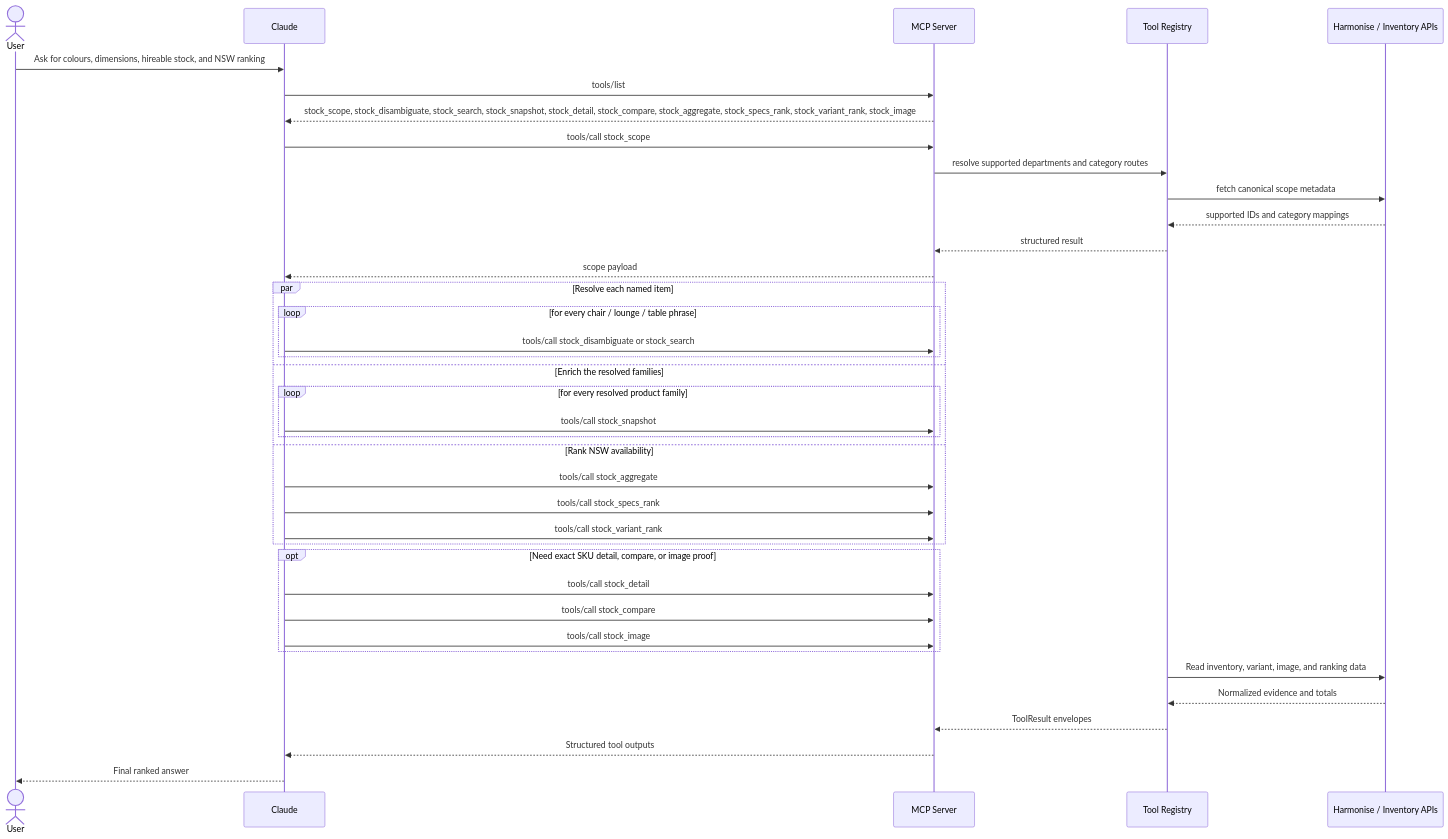
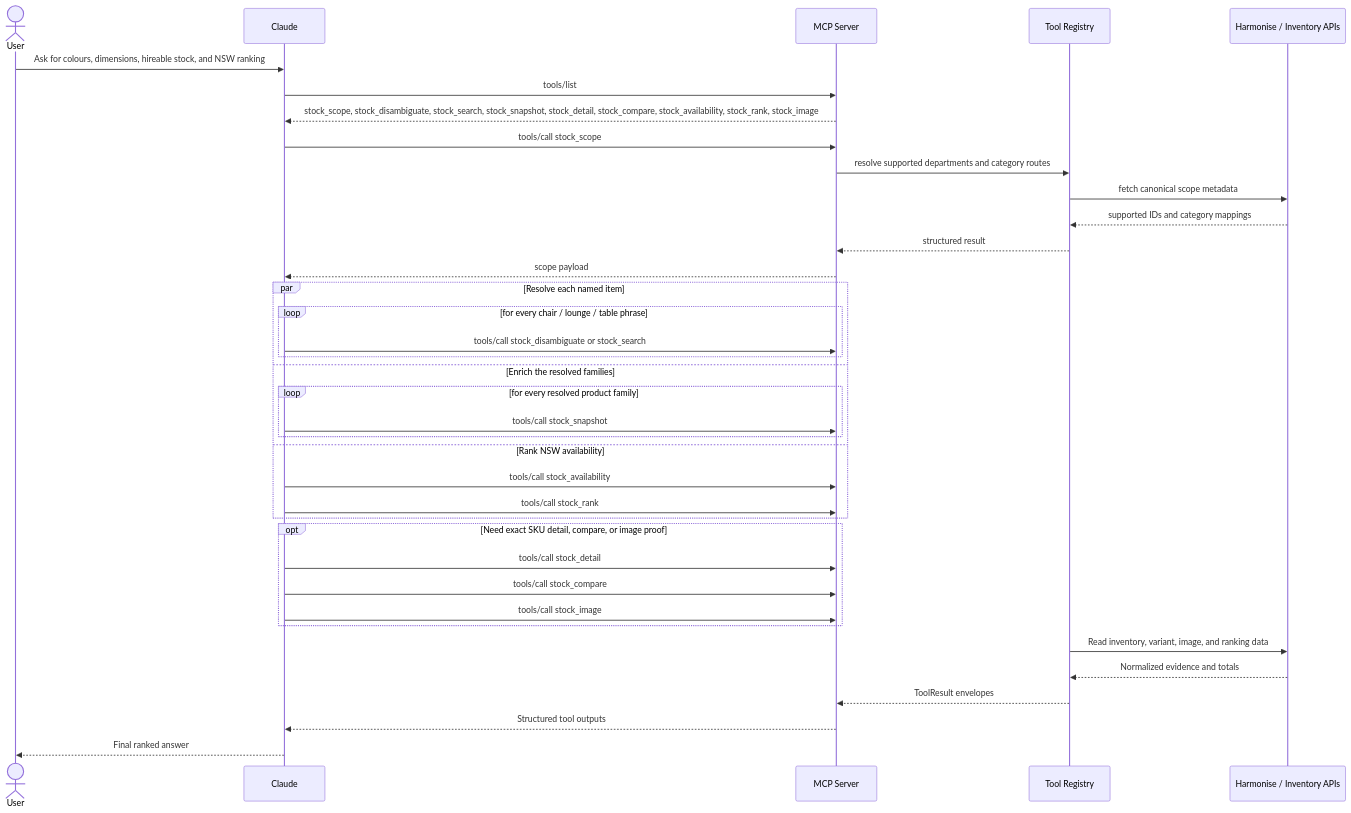
The diagram in docs/phase2/stress.md (Lelekhoa1812/Acnt-MCP), drawn with Mermaid before and after one commit. The commit also changed 18 other files, not shown here.

First line of the commit message:
stock_specs_rank → stock_rank; disable stock_variant_rank (comment-out)

````diff
--- a/docs/phase2/stress.md
+++ b/docs/phase2/stress.md
@@ -54,45 +54,44 @@
 ```mermaid
 sequenceDiagram
     actor U as User
     participant C as Claude
     participant M as MCP Server
     participant R as Tool Registry
     participant H as Harmonise / Inventory APIs
 
     U->>C: Ask for colours, dimensions, hireable stock, and NSW ranking
     C->>M: tools/list
-    M-->>C: stock_scope, stock_disambiguate, stock_search, stock_snapshot, stock_detail, stock_compare, stock_aggregate, stock_specs_rank, stock_variant_rank, stock_image
+    M-->>C: stock_scope, stock_disambiguate, stock_search, stock_snapshot, stock_detail, stock_compare, stock_availability, stock_rank, stock_image
 
     C->>M: tools/call stock_scope
     M->>R: resolve supported departments and category routes
     R->>H: fetch canonical scope metadata
     H-->>R: supported IDs and category mappings
     R-->>M: structured result
     M-->>C: scope payload
 
     par Resolve each named item
         loop for every chair / lounge / table phrase
             C->>M: tools/call stock_disambiguate or stock_search
         end
     and Enrich the resolved families
         loop for every resolved product family
             C->>M: tools/call stock_snapshot
         end
     and Rank NSW availability
-        C->>M: tools/call stock_aggregate
-        C->>M: tools/call stock_specs_rank
-        C->>M: tools/call stock_variant_rank
+        C->>M: tools/call stock_availability
+        C->>M: tools/call stock_rank
     end
 
     opt Need exact SKU detail, compare, or image proof
         C->>M: tools/call stock_detail
         C->>M: tools/call stock_compare
         C->>M: tools/call stock_image
     end
 
     R->>H: Read inventory, variant, image, and ranking data
     H-->>R: Normalized evidence and totals
     R-->>M: ToolResult envelopes
     M-->>C: Structured tool outputs
     C-->>U: Final ranked answer
 ```
````
